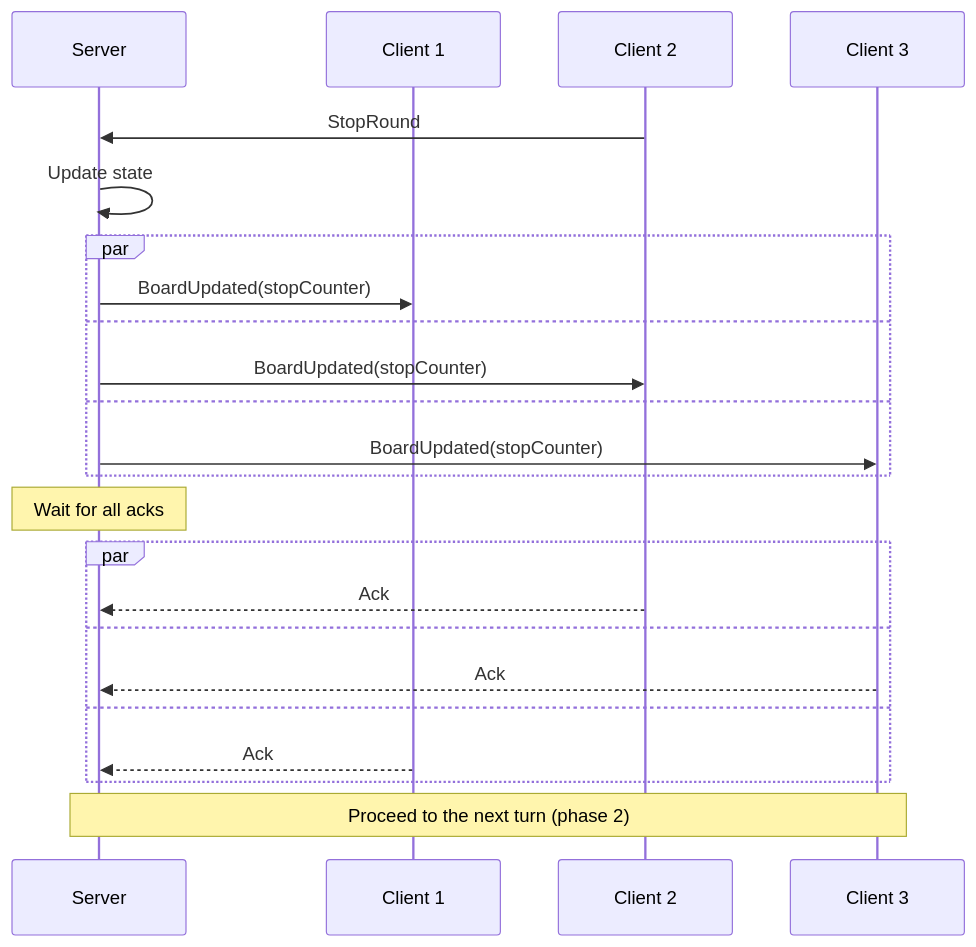
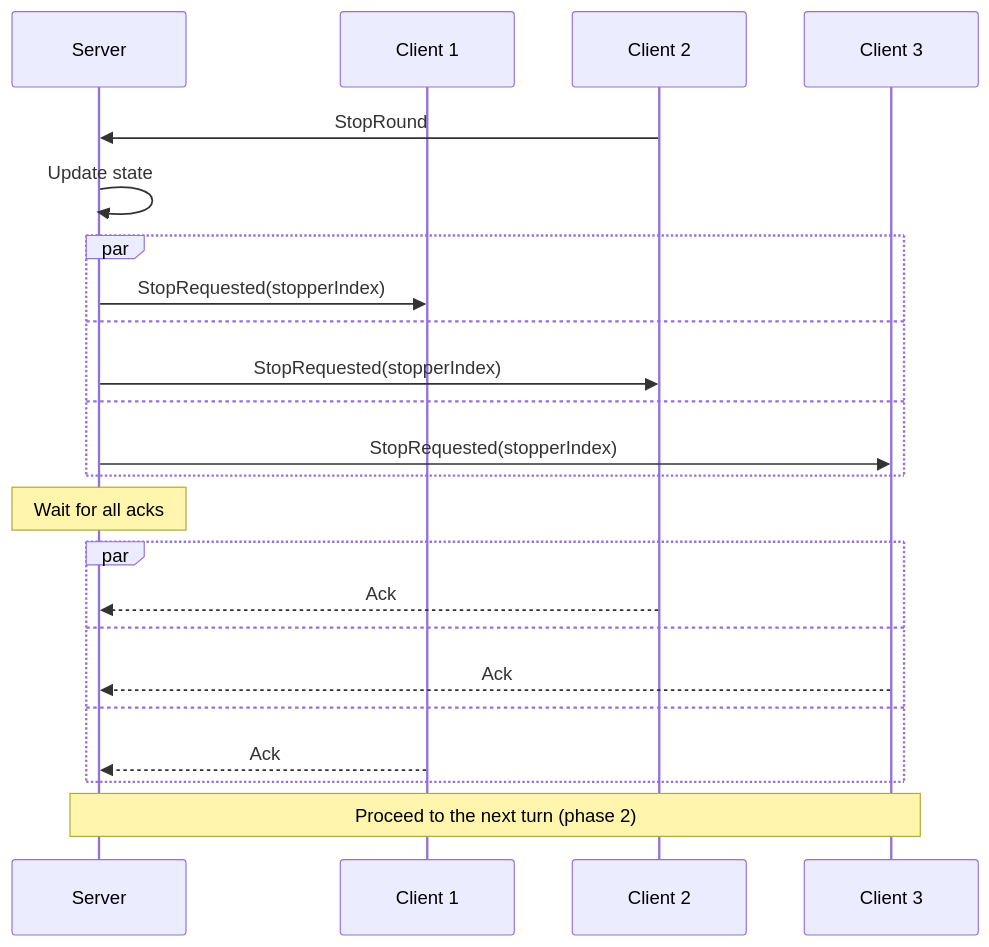
One commit to roman-zubarevich/another changed the sixth of 15 diagrams in docs/GAME.md. Above: the diagram before and after it, drawn with Mermaid. The commit also changed other lines of this file, not shown here.

````diff
--- a/docs/GAME.md
+++ b/docs/GAME.md
@@ -158,25 +158,25 @@
 ```mermaid
 sequenceDiagram
     participant S as Server
     participant C1 as Client 1
     participant C2 as Client 2
     participant C3 as Client 3
     C2->>S: StopRound
     S->>S: Update state
     par
-        S->>C1: BoardUpdated(stopCounter)
+        S->>C1: StopRequested(stopperIndex)
     and
-        S->>C2: BoardUpdated(stopCounter)
+        S->>C2: StopRequested(stopperIndex)
     and
-        S->>C3: BoardUpdated(stopCounter)
+        S->>C3: StopRequested(stopperIndex)
     end
     Note over S: Wait for all acks
     par
         C2-->>S: Ack
     and
         C3-->>S: Ack
     and
         C1-->>S: Ack
     end
     Note over S,C3: Proceed to the next turn (phase 2)
 ```
````
